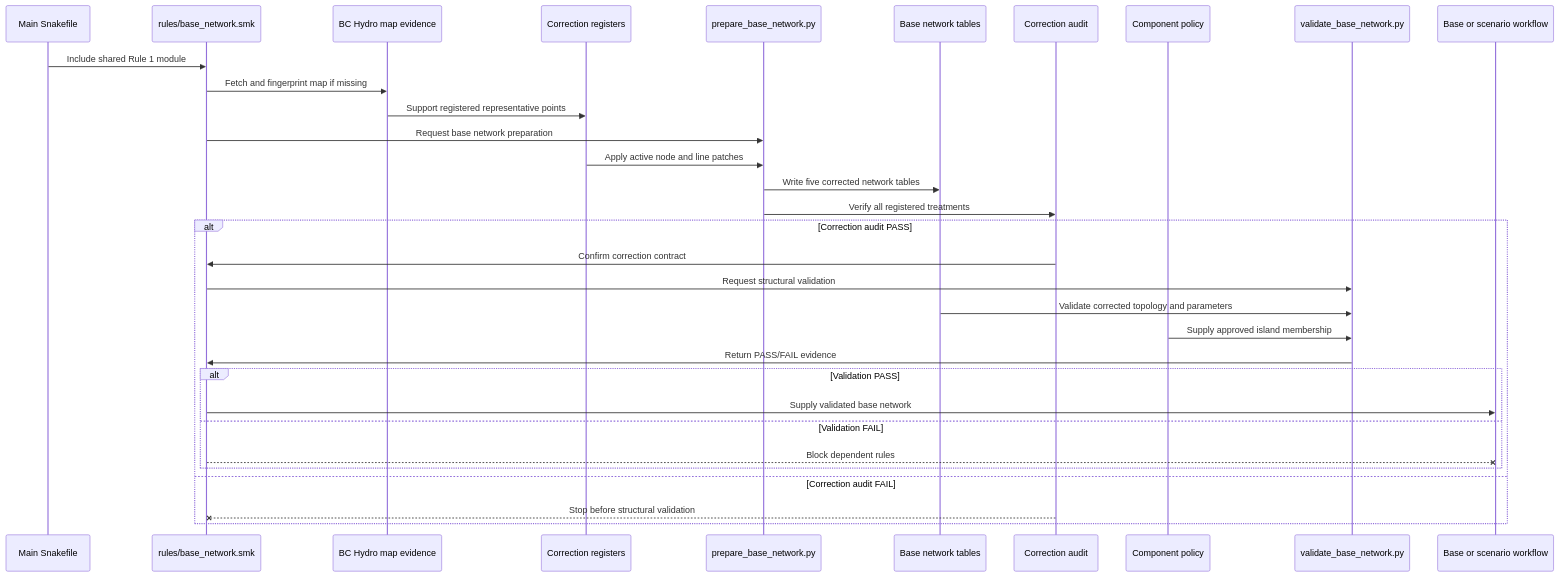
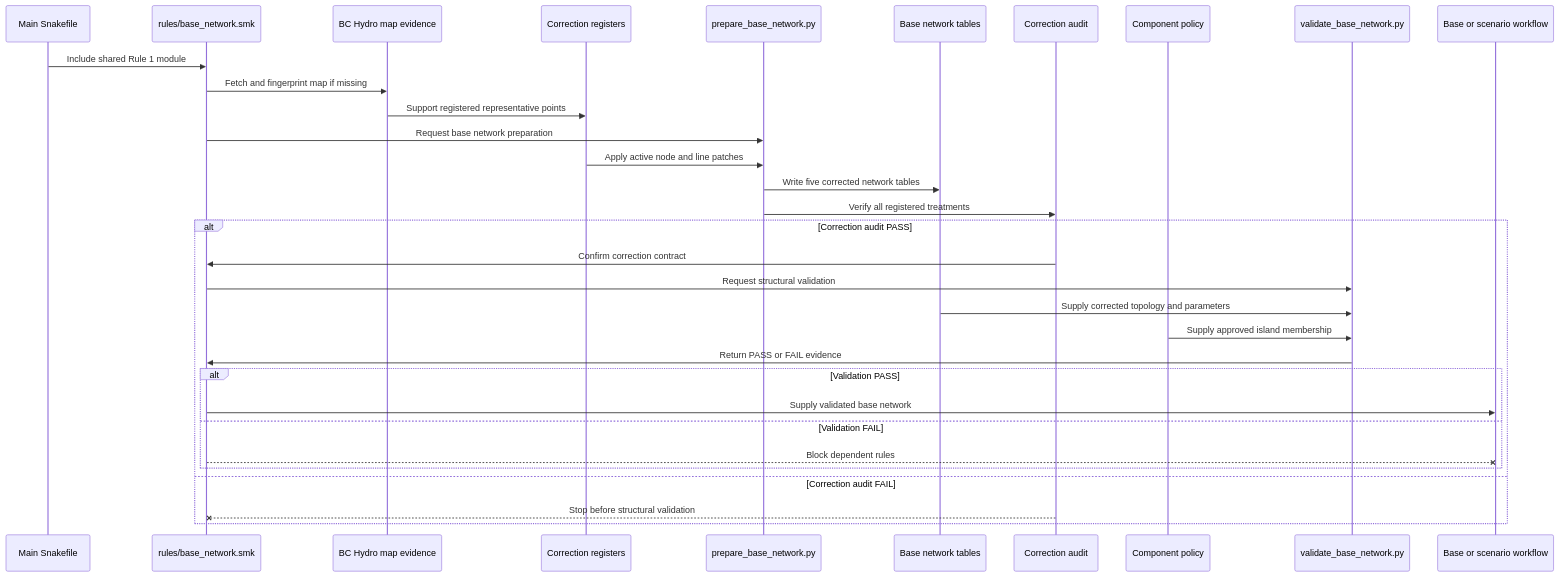
Before and after one commit to DeltaE/PyPSA_BC: the diagram in workflow/rules/rule_1_BaseNetwork.md, drawn with Mermaid. The commit also changed other lines of this file and 4 other files, not shown here.

````diff
--- a/workflow/rules/rule_1_BaseNetwork.md
+++ b/workflow/rules/rule_1_BaseNetwork.md
@@ -16,37 +32,37 @@
 ```mermaid
 sequenceDiagram
     participant M as Main Snakefile
     participant R as rules/base_network.smk
     participant E as BC Hydro map evidence
     participant C as Correction registers
     participant P as prepare_base_network.py
     participant N as Base network tables
     participant A as Correction audit
     participant Q as Component policy
     participant V as validate_base_network.py
     participant D as Base or scenario workflow
 
     M->>R: Include shared Rule 1 module
     R->>E: Fetch and fingerprint map if missing
     E->>C: Support registered representative points
     R->>P: Request base network preparation
     C->>P: Apply active node and line patches
     P->>N: Write five corrected network tables
     P->>A: Verify all registered treatments
 
     alt Correction audit PASS
         A->>R: Confirm correction contract
         R->>V: Request structural validation
-        N->>V: Validate corrected topology and parameters
+        N->>V: Supply corrected topology and parameters
         Q->>V: Supply approved island membership
-        V->>R: Return PASS/FAIL evidence
+        V->>R: Return PASS or FAIL evidence
 
         alt Validation PASS
             R->>D: Supply validated base network
         else Validation FAIL
             R--xD: Block dependent rules
         end
     else Correction audit FAIL
         A--xR: Stop before structural validation
     end
 ```
````
